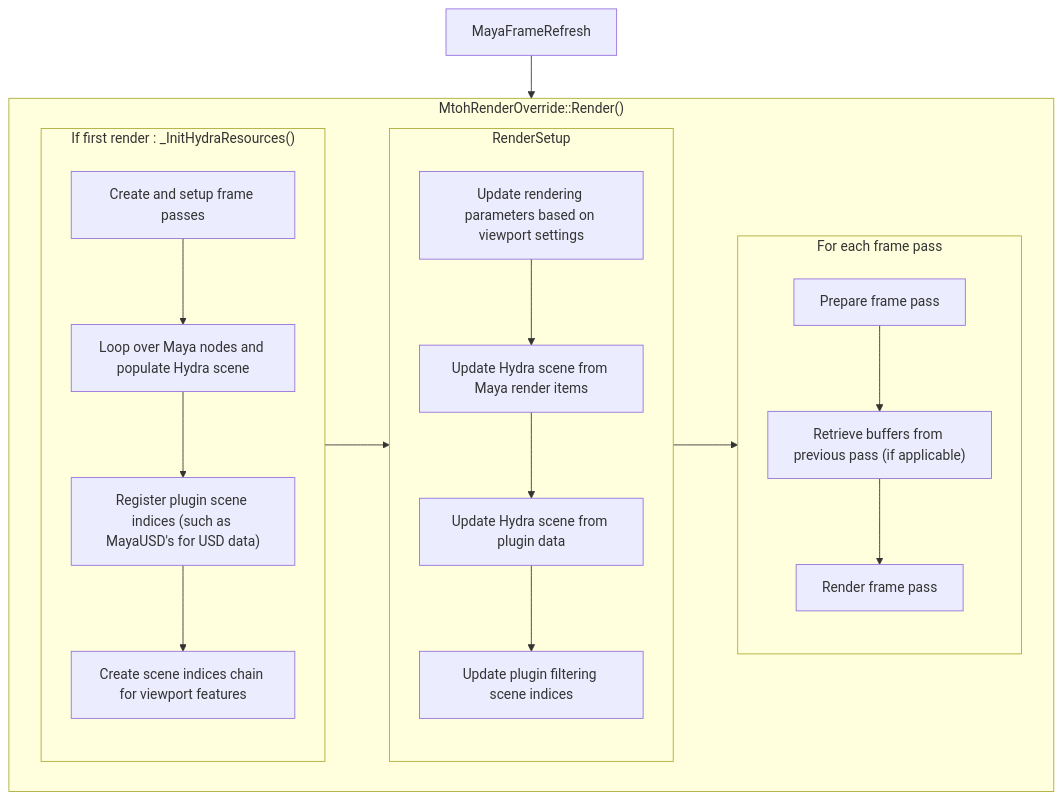
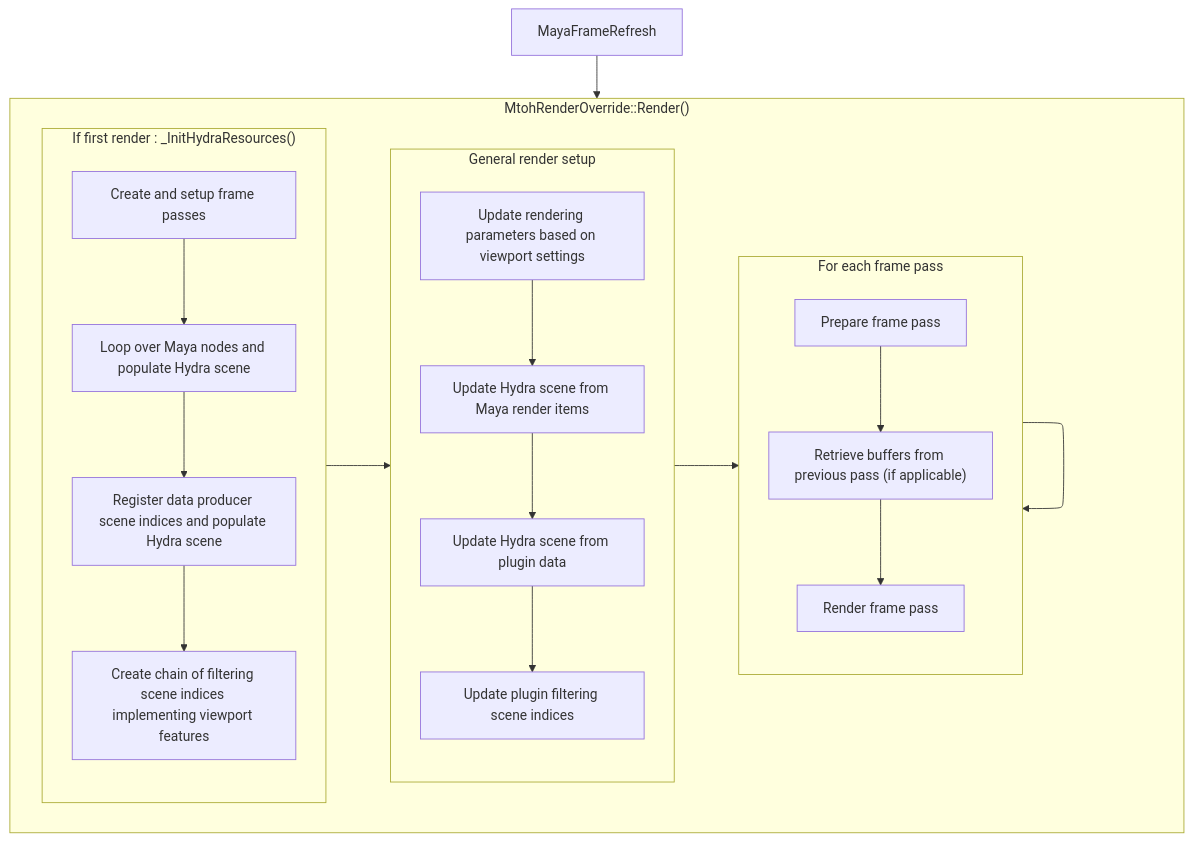
The fifth of 5 diagrams in doc/mayaHydraDetails.md (Autodesk/maya-hydra), drawn with Mermaid before and after one commit. The commit also changed other lines of this file, not shown here.

````diff
--- a/doc/mayaHydraDetails.md
+++ b/doc/mayaHydraDetails.md
@@ -156,27 +122,35 @@
 ```mermaid
 
 flowchart TD
 
-MayaFrameRefresh
 MayaFrameRefresh --> MtohRenderOverrideRender
+
 subgraph MtohRenderOverrideRender["MtohRenderOverride::Render()"]
+
 subgraph InitHydraResources["If first render : _InitHydraResources()"]
   CreateFramePasses["Create and setup frame passes"] --> PopulateMayaData["Loop over Maya nodes and populate Hydra scene"]
-  PopulateMayaData --> SceneIndexRegistration["Register plugin scene indices (such as MayaUSD's for USD data)"]
-  SceneIndexRegistration --> CreateSceneIndexChain["Create scene indices chain for viewport features"]
+  PopulateMayaData --> SceneIndexRegistration["Register data producer scene indices and populate Hydra scene"]
+  SceneIndexRegistration --> CreateSceneIndexChain["Create chain of filtering scene indices implementing viewport features"]
 end
+
 InitHydraResources --> RenderSetup
-subgraph RenderSetup
+
+subgraph RenderSetup["General render setup"]
 UpdateRenderParams["Update rendering parameters based on viewport settings"]
 UpdateRenderParams --> UpdateRenderItems["Update Hydra scene from Maya render items"]
 UpdateRenderItems --> UpdatePluginData["Update Hydra scene from plugin data"]
 UpdatePluginData --> UpdatePluginFilteringSceneIndices["Update plugin filtering scene indices"]
 end
+
 RenderSetup --> FramePass
+
 subgraph FramePass["For each frame pass"]
 PrepareFramePass["Prepare frame pass"]
 PrepareFramePass --> GetBuffers["Retrieve buffers from previous pass (if applicable)"]
 GetBuffers --> RenderFramePass["Render frame pass"]
 end
+
+FramePass --> FramePass
+
 end
 ```
````
